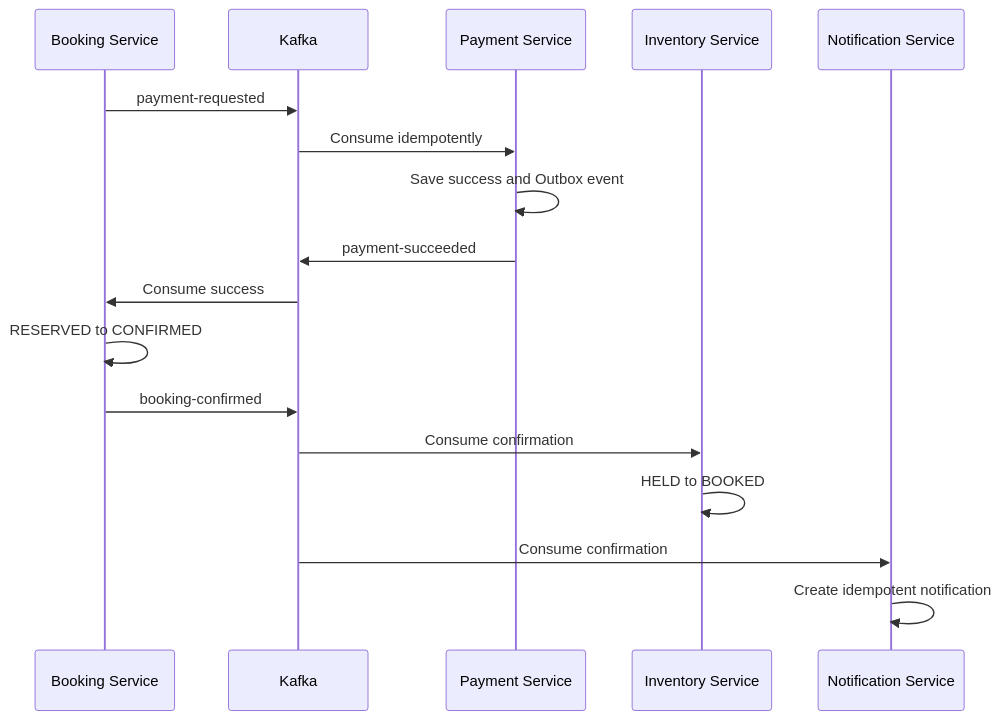
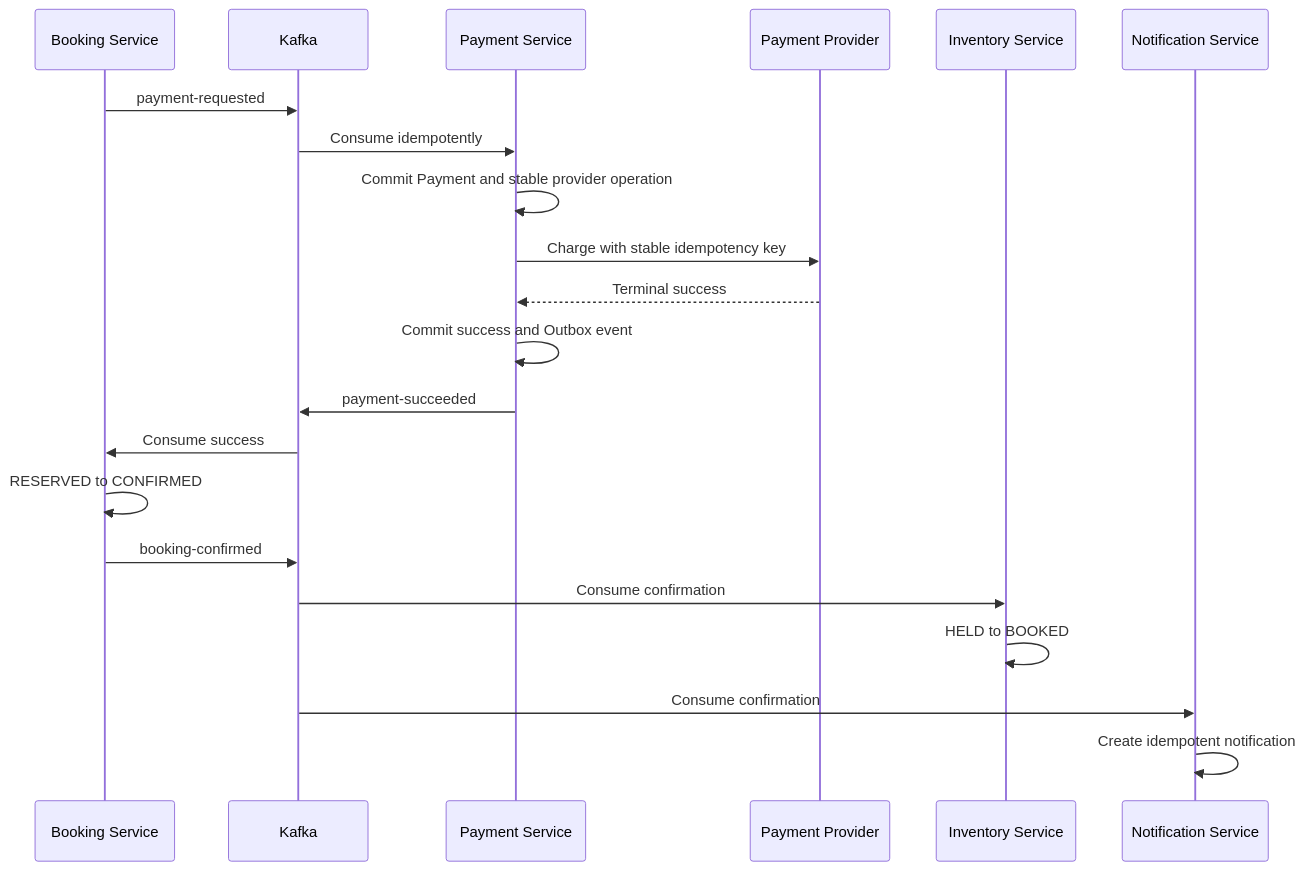
One commit to HuyKunNe/cinema-system changed the seventh of 17 diagrams in docs/13_SEQUENCE_DIAGRAMS.md. Above: the diagram before and after it, drawn with Mermaid. The commit also changed other lines of this file and 18 other files, not shown here.

Commit message:
docs(payment): define R27 architecture and contract baseline

````diff
--- a/docs/13_SEQUENCE_DIAGRAMS.md
+++ b/docs/13_SEQUENCE_DIAGRAMS.md
@@ -203,20 +203,24 @@
 ```mermaid
 sequenceDiagram
     participant Booking as Booking Service
     participant Kafka
     participant Payment as Payment Service
+    participant Provider as Payment Provider
     participant Inventory as Inventory Service
     participant Notification as Notification Service
 
     Booking->>Kafka: payment-requested
     Kafka->>Payment: Consume idempotently
-    Payment->>Payment: Save success and Outbox event
+    Payment->>Payment: Commit Payment and stable provider operation
+    Payment->>Provider: Charge with stable idempotency key
+    Provider-->>Payment: Terminal success
+    Payment->>Payment: Commit success and Outbox event
     Payment->>Kafka: payment-succeeded
     Kafka->>Booking: Consume success
     Booking->>Booking: RESERVED to CONFIRMED
     Booking->>Kafka: booking-confirmed
     Kafka->>Inventory: Consume confirmation
     Inventory->>Inventory: HELD to BOOKED
     Kafka->>Notification: Consume confirmation
     Notification->>Notification: Create idempotent notification
 ```
````
